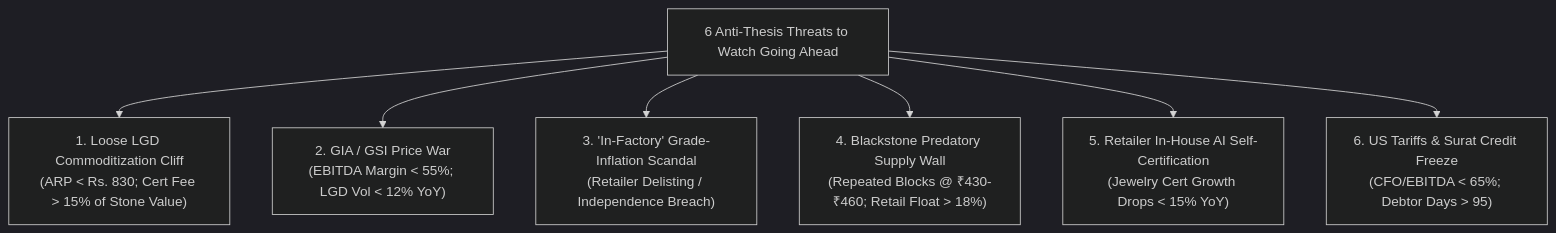
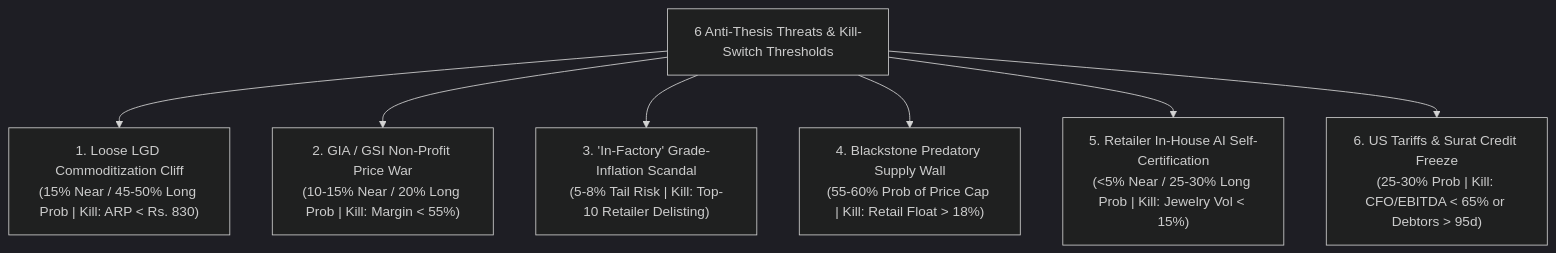
One commit to imagarg01/LearningStuff changed the third of 4 diagrams in docs/Finance/Companies/IGIL/Forensic-Valuation-And-Timing-Upgrade.md. Above: the diagram before and after it, drawn with Mermaid (dark theme). The commit also changed other lines of this file and 4 other files, not shown here.

````diff
--- a/docs/Finance/Companies/IGIL/Forensic-Valuation-And-Timing-Upgrade.md
+++ b/docs/Finance/Companies/IGIL/Forensic-Valuation-And-Timing-Upgrade.md
@@ -225,10 +191,10 @@
 ```mermaid
 flowchart TD
-    AT["6 Anti-Thesis Threats to Watch Going Ahead"]
-    AT --> AT1["1. Loose LGD Commoditization Cliff\n(ARP < Rs. 830; Cert Fee > 15% of Stone Value)"]
-    AT --> AT2["2. GIA / GSI Price War\n(EBITDA Margin < 55%; LGD Vol < 12% YoY)"]
-    AT --> AT3["3. 'In-Factory' Grade-Inflation Scandal\n(Retailer Delisting / Independence Breach)"]
-    AT --> AT4["4. Blackstone Predatory Supply Wall\n(Repeated Blocks @ ₹430-₹460; Retail Float > 18%)"]
-    AT --> AT5["5. Retailer In-House AI Self-Certification\n(Jewelry Cert Growth Drops < 15% YoY)"]
-    AT --> AT6["6. US Tariffs & Surat Credit Freeze\n(CFO/EBITDA < 65%; Debtor Days > 95)"]
+    AT["6 Anti-Thesis Threats & Kill-Switch Thresholds"]
+    AT --> AT1["1. Loose LGD Commoditization Cliff\n(15% Near / 45-50% Long Prob | Kill: ARP < Rs. 830)"]
+    AT --> AT2["2. GIA / GSI Non-Profit Price War\n(10-15% Near / 20% Long Prob | Kill: Margin < 55%)"]
+    AT --> AT3["3. 'In-Factory' Grade-Inflation Scandal\n(5-8% Tail Risk | Kill: Top-10 Retailer Delisting)"]
+    AT --> AT4["4. Blackstone Predatory Supply Wall\n(55-60% Prob of Price Cap | Kill: Retail Float > 18%)"]
+    AT --> AT5["5. Retailer In-House AI Self-Certification\n(<5% Near / 25-30% Long Prob | Kill: Jewelry Vol < 15%)"]
+    AT --> AT6["6. US Tariffs & Surat Credit Freeze\n(25-30% Prob | Kill: CFO/EBITDA < 65% or Debtors > 95d)"]
 ```
````
